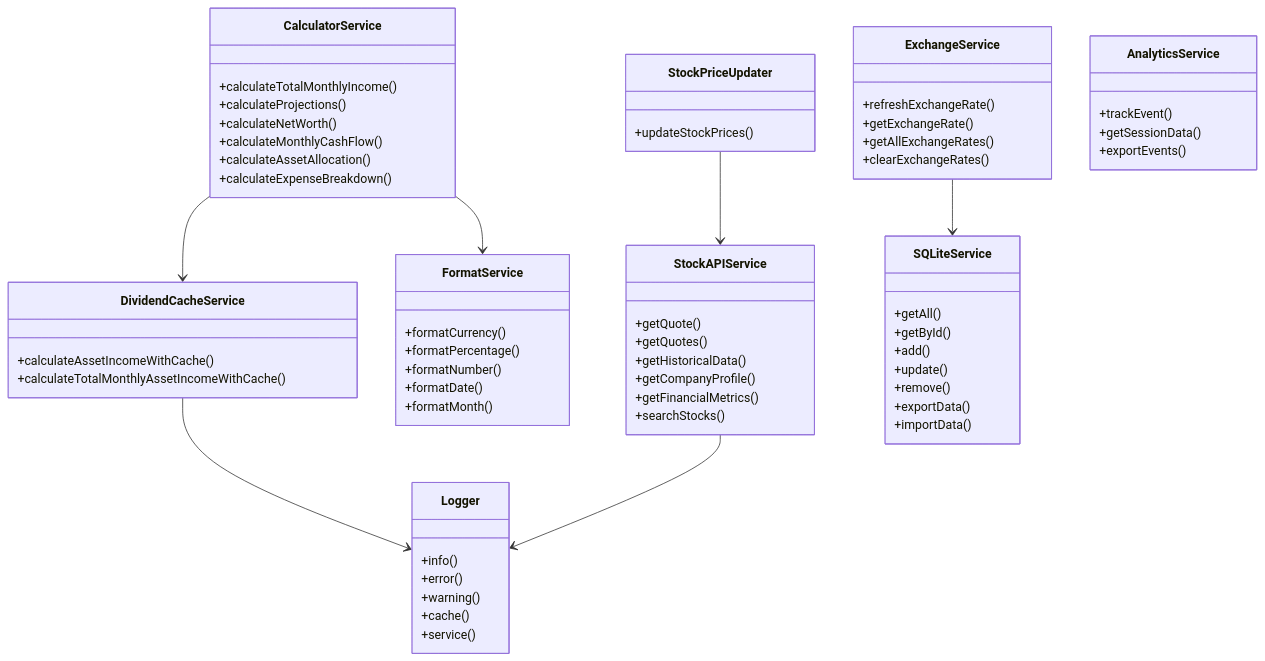
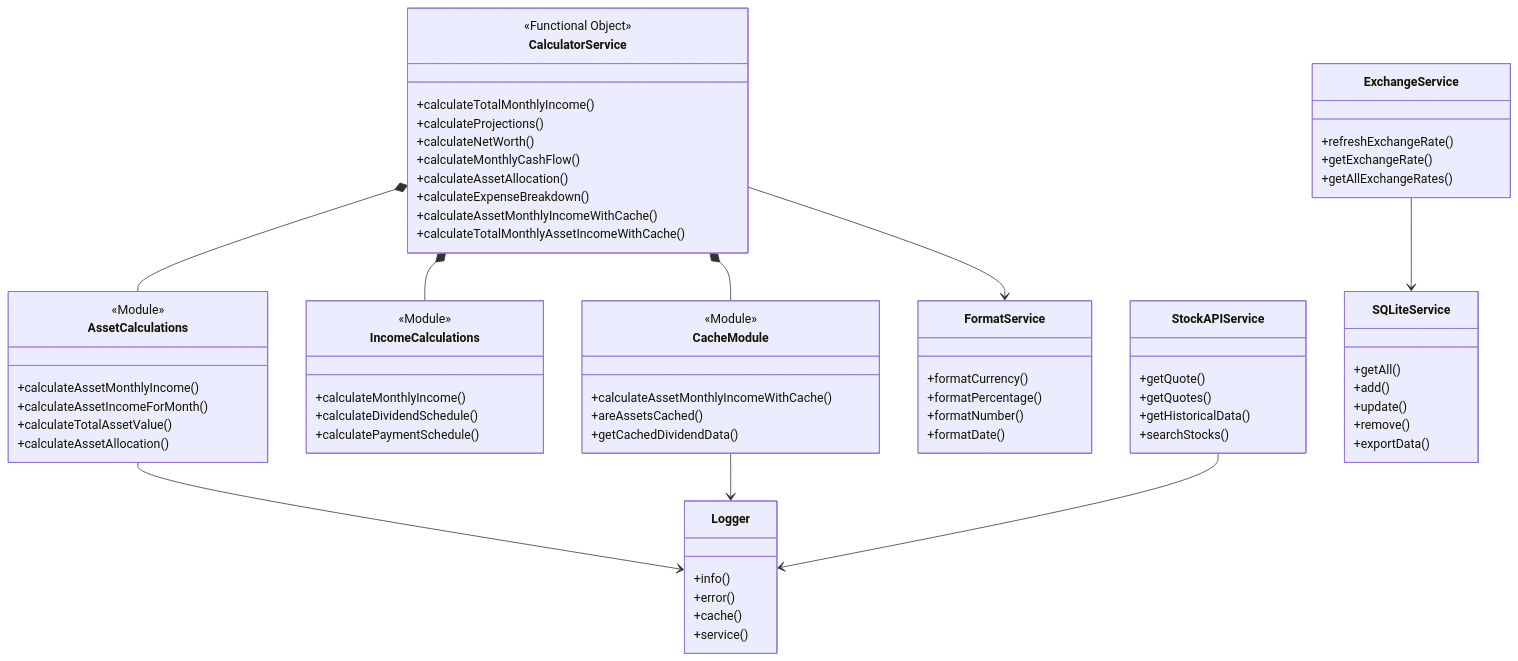
The first of 3 diagrams in src/service/README.md (ChristianScheub/Typescript_PassivIncomeCalculator), drawn with Mermaid before and after one commit. The commit also changed other lines of this file and 35 other files, not shown here.

````diff
--- a/src/service/README.md
+++ b/src/service/README.md
@@ -80,67 +191,80 @@
 ```mermaid
 classDiagram
     class CalculatorService {
+      <<Functional Object>>
       +calculateTotalMonthlyIncome()
       +calculateProjections()
       +calculateNetWorth()
       +calculateMonthlyCashFlow()
       +calculateAssetAllocation()
       +calculateExpenseBreakdown()
-    }
-    class DividendCacheService {
-      +calculateAssetIncomeWithCache()
+      +calculateAssetMonthlyIncomeWithCache()
       +calculateTotalMonthlyAssetIncomeWithCache()
     }
+    
+    class AssetCalculations {
+      <<Module>>
+      +calculateAssetMonthlyIncome()
+      +calculateAssetIncomeForMonth()
+      +calculateTotalAssetValue()
+      +calculateAssetAllocation()
+    }
+    
+    class IncomeCalculations {
+      <<Module>>
+      +calculateMonthlyIncome()
+      +calculateDividendSchedule()
+      +calculatePaymentSchedule()
+    }
+    
+    class CacheModule {
+      <<Module>>
+      +calculateAssetMonthlyIncomeWithCache()
+      +areAssetsCached()
+      +getCachedDividendData()
+    }
+    
     class FormatService {
       +formatCurrency()
       +formatPercentage()
       +formatNumber()
       +formatDate()
-      +formatMonth()
     }
+    
     class ExchangeService {
       +refreshExchangeRate()
       +getExchangeRate()
       +getAllExchangeRates()
-      +clearExchangeRates()
     }
+    
     class StockAPIService {
       +getQuote()
       +getQuotes()
       +getHistoricalData()
-      +getCompanyProfile()
-      +getFinancialMetrics()
       +searchStocks()
     }
+    
     class SQLiteService {
       +getAll()
-      +getById()
       +add()
       +update()
       +remove()
       +exportData()
-      +importData()
     }
+    
     class Logger {
       +info()
       +error()
-      +warning()
       +cache()
       +service()
     }
-    class StockPriceUpdater {
-      +updateStockPrices()
-    }
-    class AnalyticsService {
-      +trackEvent()
-      +getSessionData()
-      +exportEvents()
-    }
     
-    CalculatorService --> DividendCacheService
+    CalculatorService *-- AssetCalculations
+    CalculatorService *-- IncomeCalculations  
+    CalculatorService *-- CacheModule
     CalculatorService --> FormatService
-    DividendCacheService --> Logger
+    AssetCalculations --> Logger
+    CacheModule --> Logger
     StockAPIService --> Logger
-    StockPriceUpdater --> StockAPIService
     ExchangeService --> SQLiteService
 ```
````
